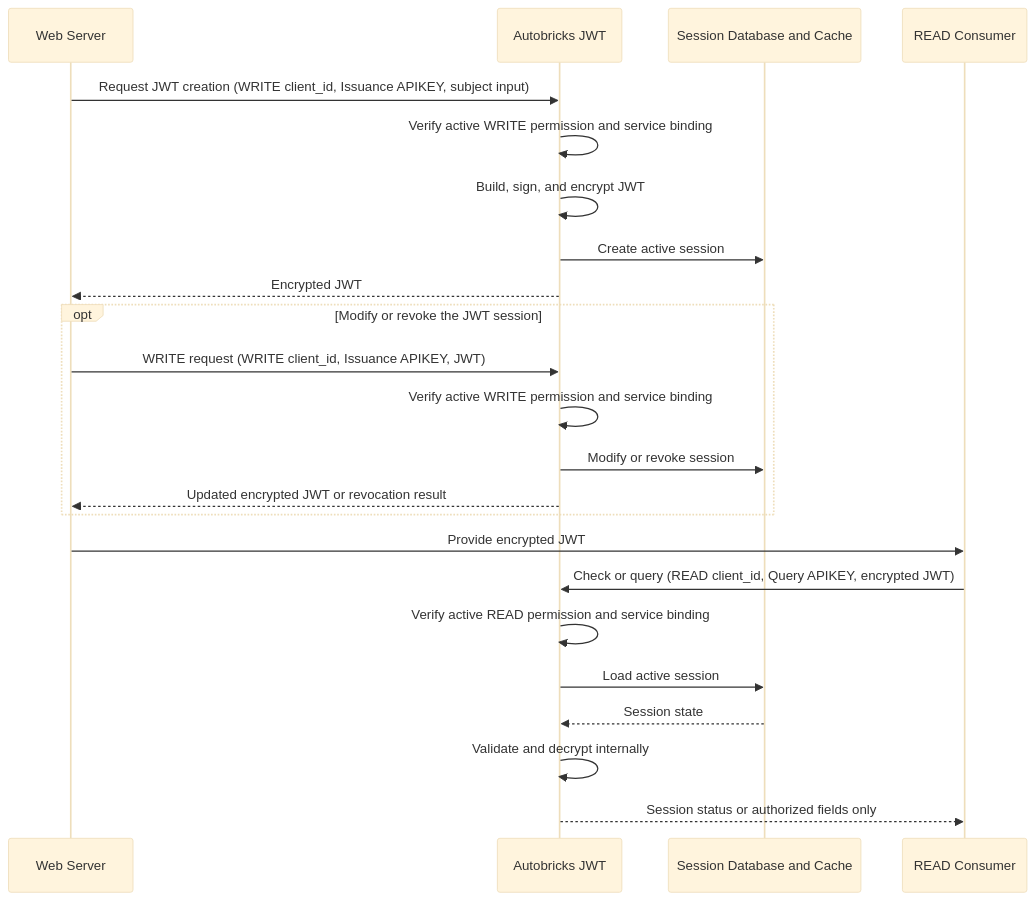
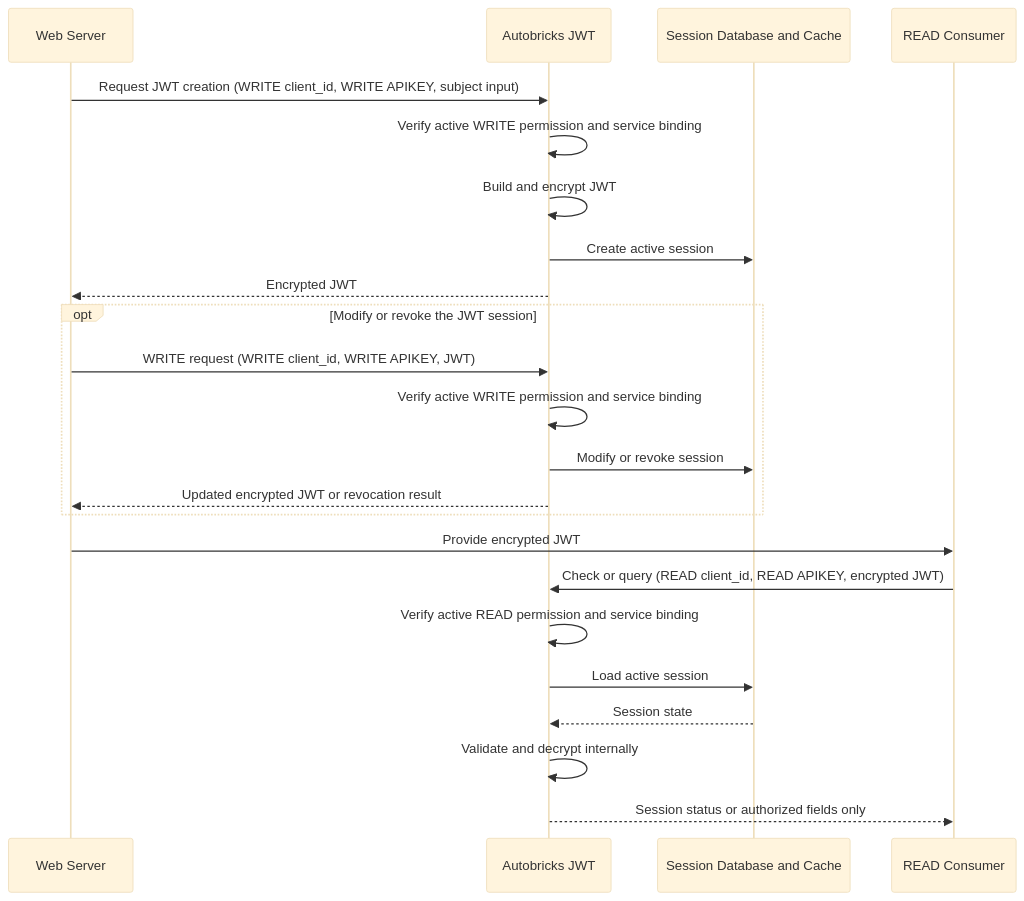
Before and after one commit to pregene/autobricks-jwt: the diagram in docs/01-jwt-client-registration.md, drawn with Mermaid (base theme). The commit also changed other lines of this file and 12 other files, not shown here.

````diff
--- a/docs/01-jwt-client-registration.md
+++ b/docs/01-jwt-client-registration.md
@@ -158,28 +158,28 @@
 ```mermaid
 sequenceDiagram
     participant W as Web Server
     participant J as Autobricks JWT
     participant S as Session Database and Cache
     participant R as READ Consumer
 
-    W->>J: Request JWT creation (WRITE client_id, Issuance APIKEY, subject input)
+    W->>J: Request JWT creation (WRITE client_id, WRITE APIKEY, subject input)
     J->>J: Verify active WRITE permission and service binding
-    J->>J: Build, sign, and encrypt JWT
+    J->>J: Build and encrypt JWT
     J->>S: Create active session
     J-->>W: Encrypted JWT
 
     opt Modify or revoke the JWT session
-        W->>J: WRITE request (WRITE client_id, Issuance APIKEY, JWT)
+        W->>J: WRITE request (WRITE client_id, WRITE APIKEY, JWT)
         J->>J: Verify active WRITE permission and service binding
         J->>S: Modify or revoke session
         J-->>W: Updated encrypted JWT or revocation result
     end
 
     W->>R: Provide encrypted JWT
-    R->>J: Check or query (READ client_id, Query APIKEY, encrypted JWT)
+    R->>J: Check or query (READ client_id, READ APIKEY, encrypted JWT)
     J->>J: Verify active READ permission and service binding
     J->>S: Load active session
     S-->>J: Session state
     J->>J: Validate and decrypt internally
     J-->>R: Session status or authorized fields only
 ```
````
